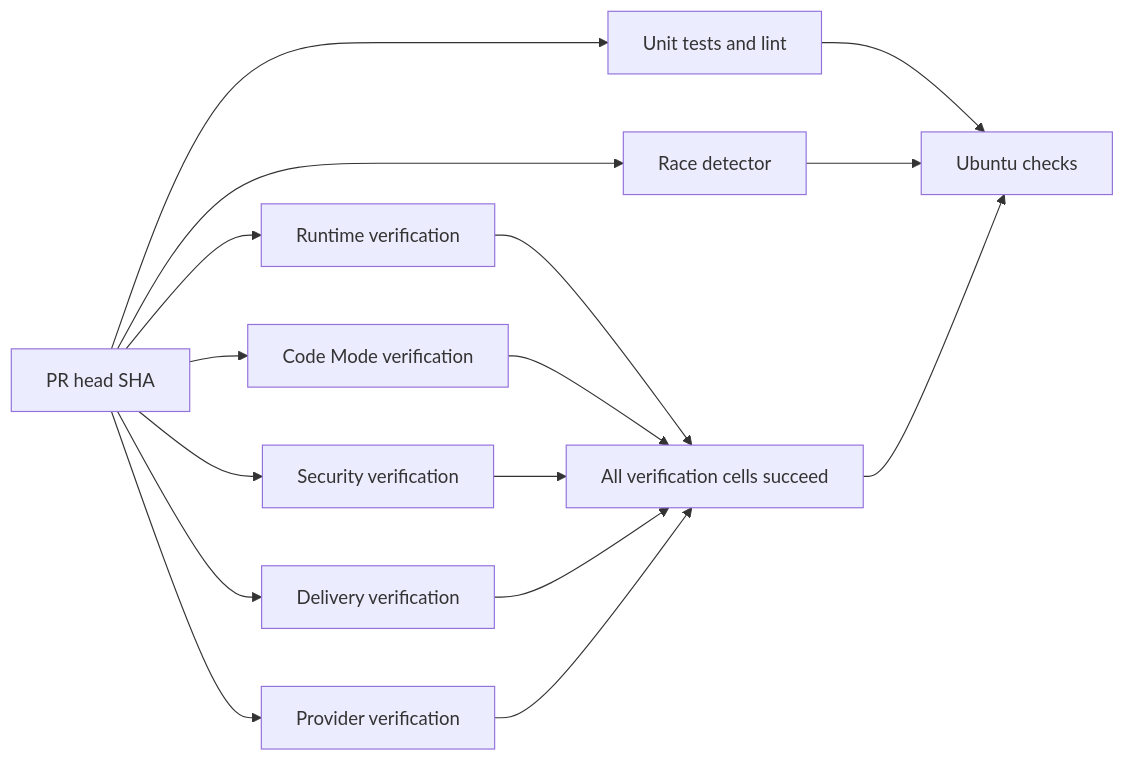
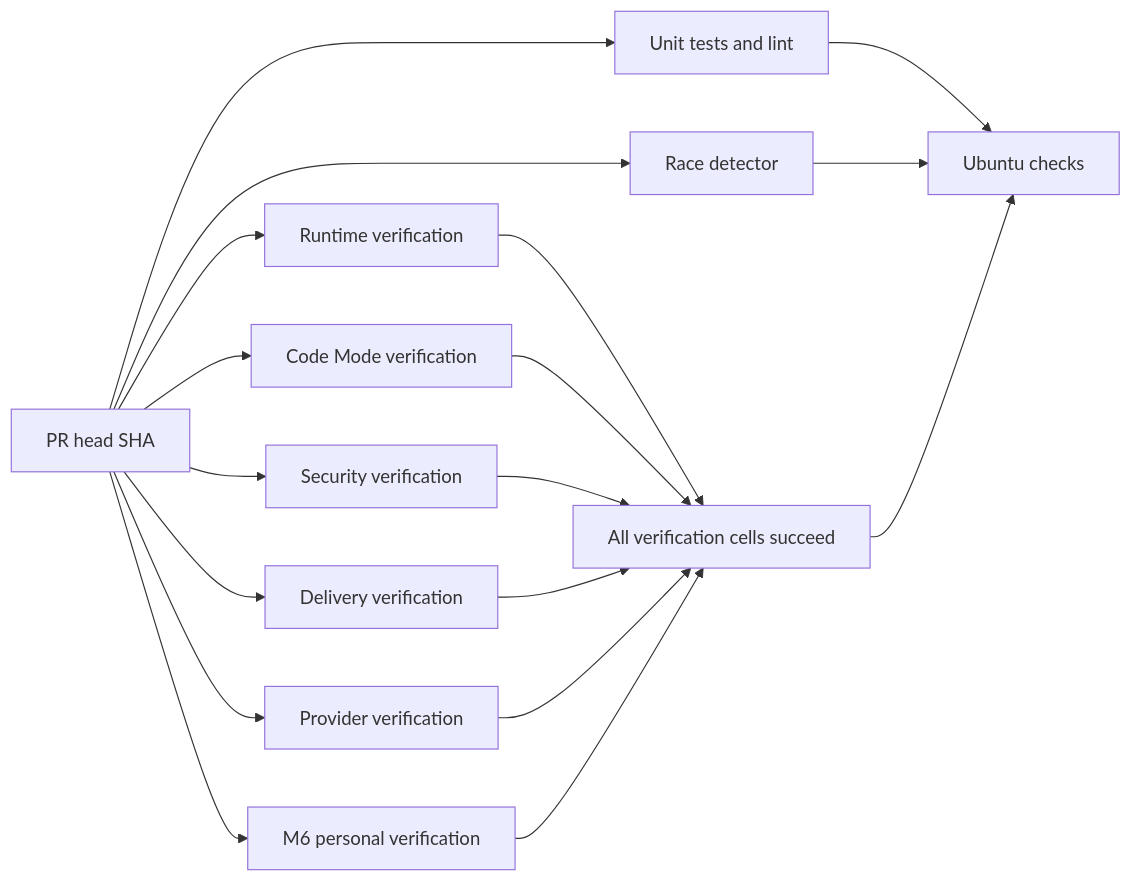
The diagram in docs/ci.md (z-chenhao/assistant), drawn with Mermaid before and after one commit. The commit also changed other lines of this file and 41 other files, not shown here.

````diff
--- a/docs/ci.md
+++ b/docs/ci.md
@@ -12,18 +12,20 @@
 ```mermaid
 flowchart LR
     SHA[PR head SHA] --> Fast[Unit tests and lint]
     SHA --> Race[Race detector]
     SHA --> Runtime[Runtime verification]
     SHA --> CodeMode[Code Mode verification]
     SHA --> Security[Security verification]
     SHA --> Delivery[Delivery verification]
     SHA --> Providers[Provider verification]
+    SHA --> Personal[M6 personal verification]
     Fast --> Gate[Ubuntu checks]
     Race --> Gate
     Runtime --> Matrix[All verification cells succeed]
     CodeMode --> Matrix
     Security --> Matrix
     Delivery --> Matrix
     Providers --> Matrix
+    Personal --> Matrix
     Matrix --> Gate
 ```
````
